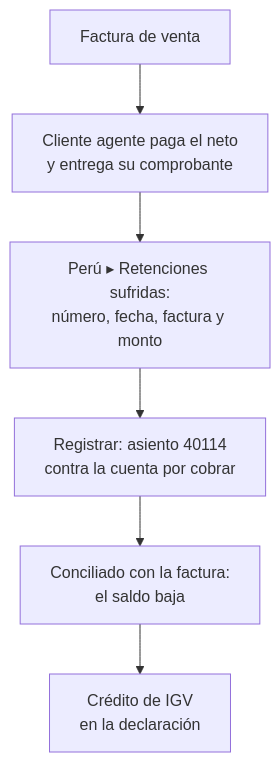
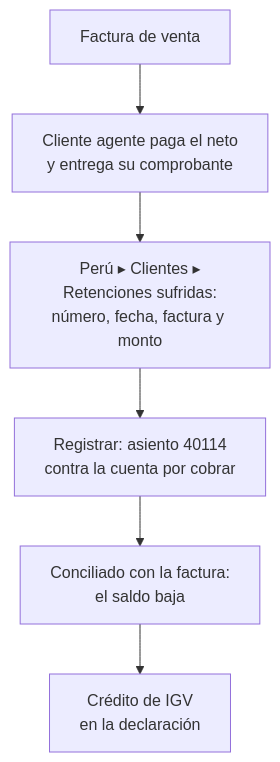
One commit to olanoit/ol_new_apps changed the diagram in OL-ACCOUNTING/al_l10n_pe_retention/static/description/diagramas/ventas.mmd. Above: the diagram before and after it, drawn with Mermaid. The commit also changed 251 other files, not shown here.

```diff
--- a/OL-ACCOUNTING/al_l10n_pe_retention/static/description/diagramas/ventas.mmd
+++ b/OL-ACCOUNTING/al_l10n_pe_retention/static/description/diagramas/ventas.mmd
@@ -1,6 +1,6 @@
 flowchart TD
   A[Factura de venta] --> B[Cliente agente paga el neto<br/>y entrega su comprobante]
-  B --> C[Perú ▸ Retenciones sufridas:<br/>número, fecha, factura y monto]
+  B --> C[Perú ▸ Clientes ▸<br/>Retenciones sufridas:<br/>número, fecha, factura y monto]
   C --> D[Registrar: asiento 40114<br/>contra la cuenta por cobrar]
   D --> E[Conciliado con la factura:<br/>el saldo baja]
   E --> F[Crédito de IGV<br/>en la declaración]
```
